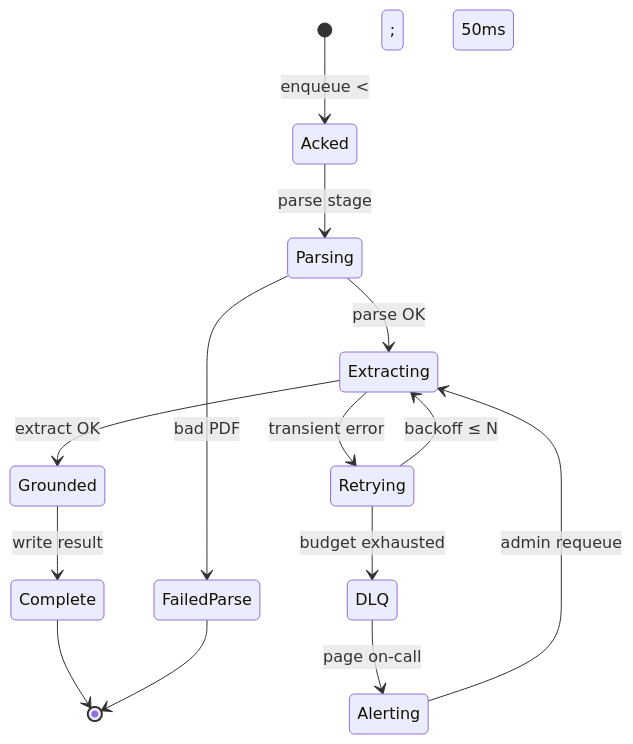
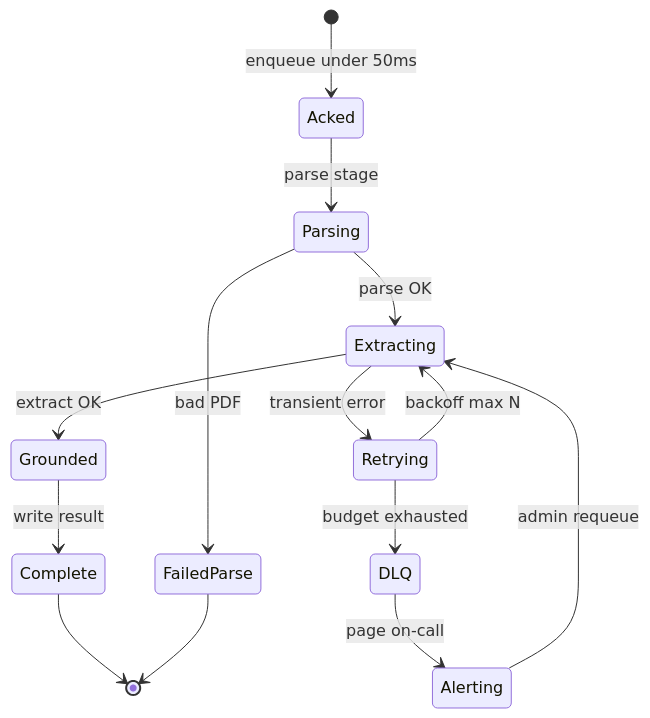
One commit to shree6791/invoice-extraction changed the fifth of 7 diagrams in docs/DIAGRAMS.md. Above: the diagram before and after it, drawn with Mermaid. The commit also changed other lines of this file and 3 other files, not shown here.

First line of the commit message:
Fix DIAGRAMS.md heading anchors.

````diff
--- a/docs/DIAGRAMS.md
+++ b/docs/DIAGRAMS.md
@@ -122,16 +122,16 @@
 ```mermaid
 stateDiagram-v2
-  [*] --> Acked: enqueue &lt; 50ms
+  [*] --> Acked: enqueue under 50ms
   Acked --> Parsing: parse stage
   Parsing --> Extracting: parse OK
   Parsing --> FailedParse: bad PDF
   Extracting --> Grounded: extract OK
   Extracting --> Retrying: transient error
-  Retrying --> Extracting: backoff ≤ N
+  Retrying --> Extracting: backoff max N
   Retrying --> DLQ: budget exhausted
   Grounded --> Complete: write result
   DLQ --> Alerting: page on-call
   Alerting --> Extracting: admin requeue
   Complete --> [*]
   FailedParse --> [*]
 ```
````
